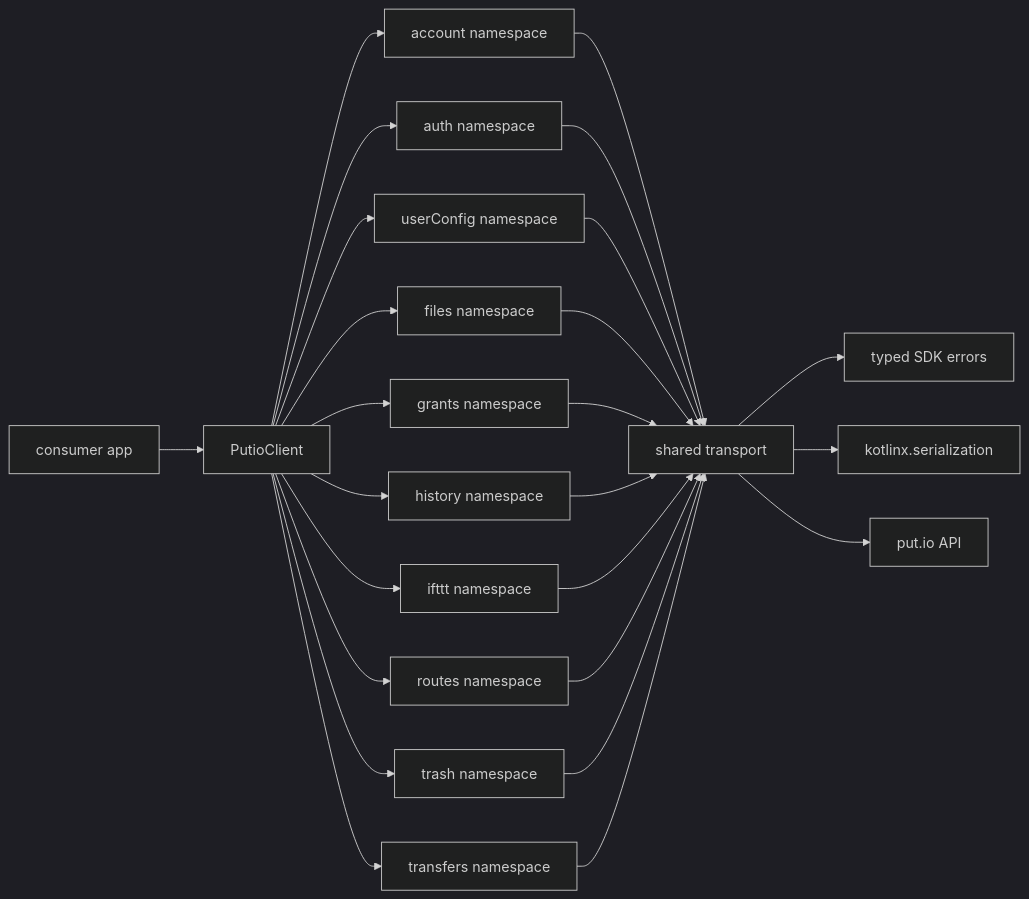
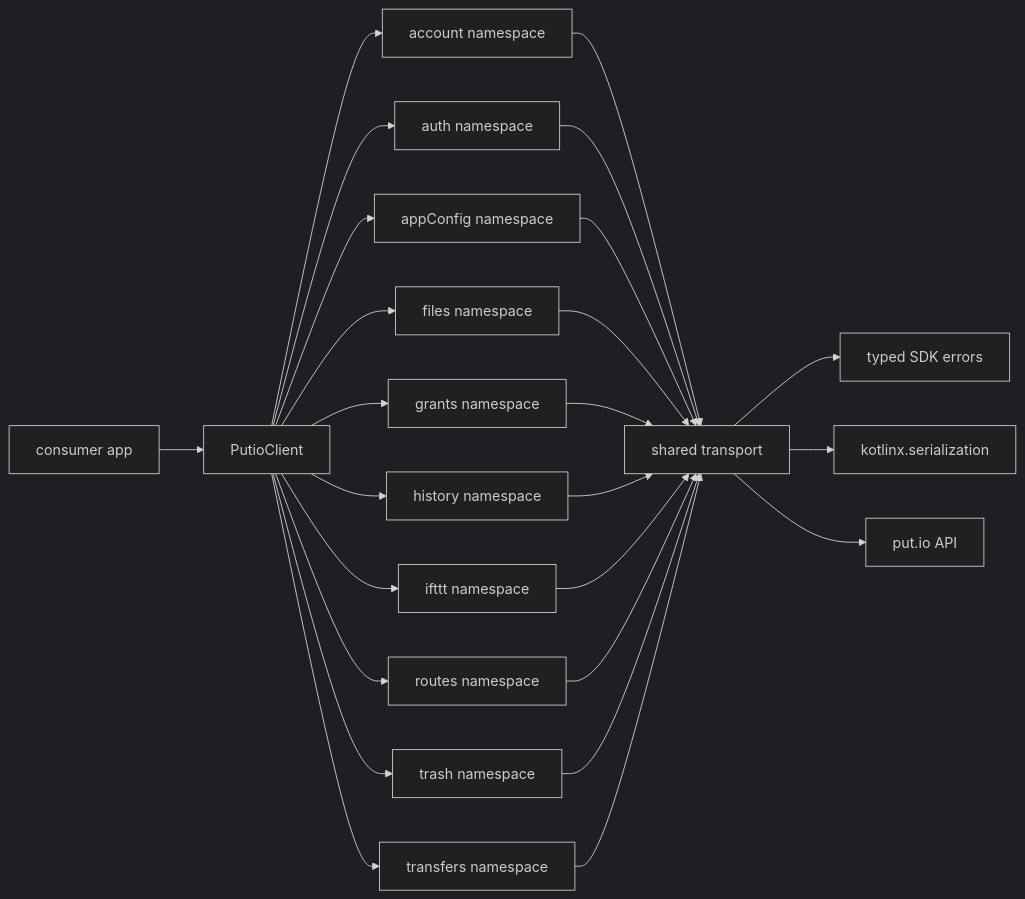
The diagram in docs/ARCHITECTURE.md (putdotio/putio-sdk-kotlin), drawn with Mermaid (dark theme) before and after one commit. The commit also changed other lines of this file and 8 other files, not shown here.

First line of the commit message:
fix(config): expose app-scoped values generically (#30)

````diff
--- a/docs/ARCHITECTURE.md
+++ b/docs/ARCHITECTURE.md
@@ -9,27 +9,27 @@
 ```mermaid
 graph LR
   Consumer["consumer app"] --> Client["PutioClient"]
   Client --> Account["account namespace"]
   Client --> Auth["auth namespace"]
-  Client --> Config["userConfig namespace"]
+  Client --> Config["appConfig namespace"]
   Client --> Files["files namespace"]
   Client --> Grants["grants namespace"]
   Client --> History["history namespace"]
   Client --> Ifttt["ifttt namespace"]
   Client --> Routes["routes namespace"]
   Client --> Trash["trash namespace"]
   Client --> Transfers["transfers namespace"]
   Account --> Transport["shared transport"]
   Auth --> Transport
   Config --> Transport
   Files --> Transport
   Grants --> Transport
   History --> Transport
   Ifttt --> Transport
   Routes --> Transport
   Trash --> Transport
   Transfers --> Transport
   Transport --> Errors["typed SDK errors"]
   Transport --> Json["kotlinx.serialization"]
   Transport --> API["put.io API"]
 ```
````
